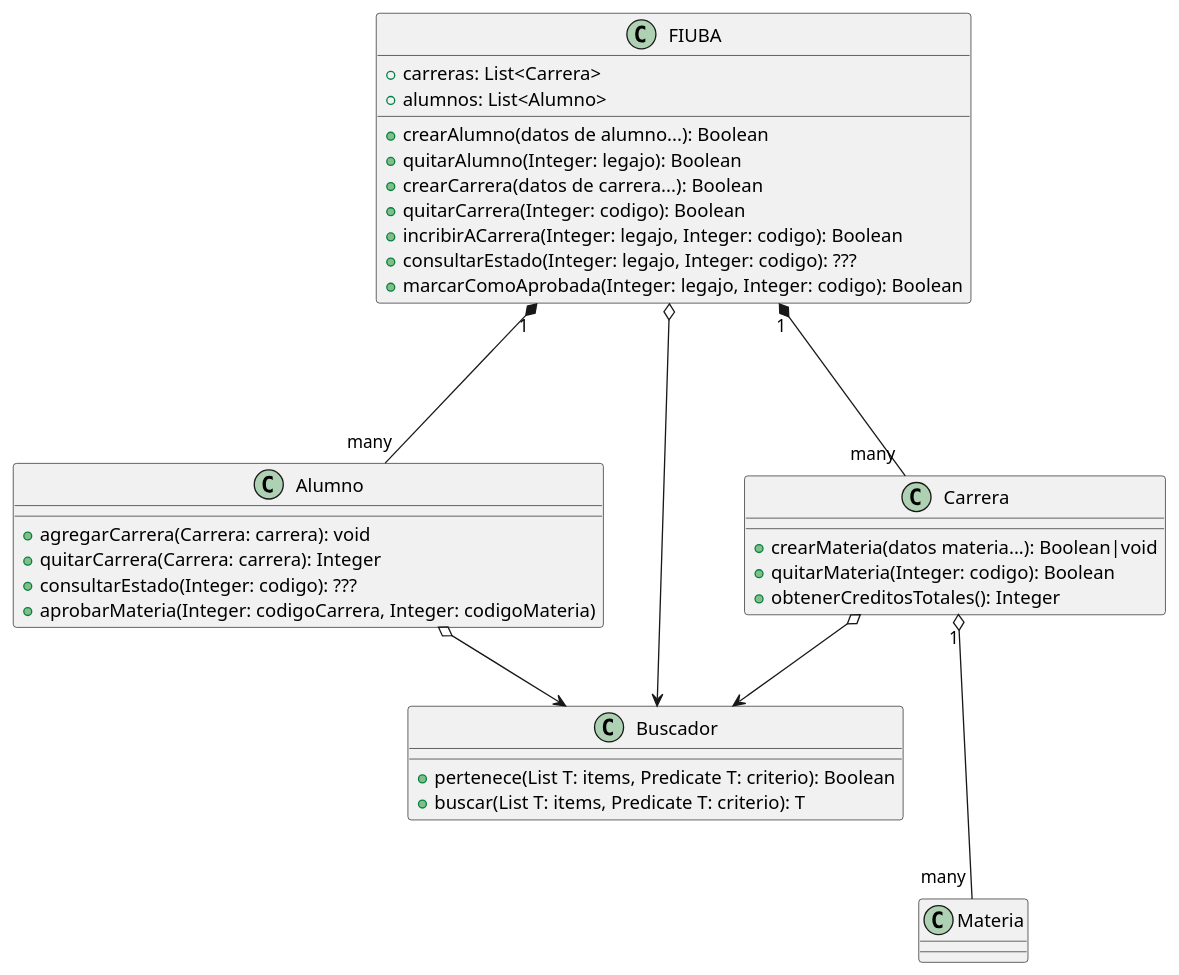
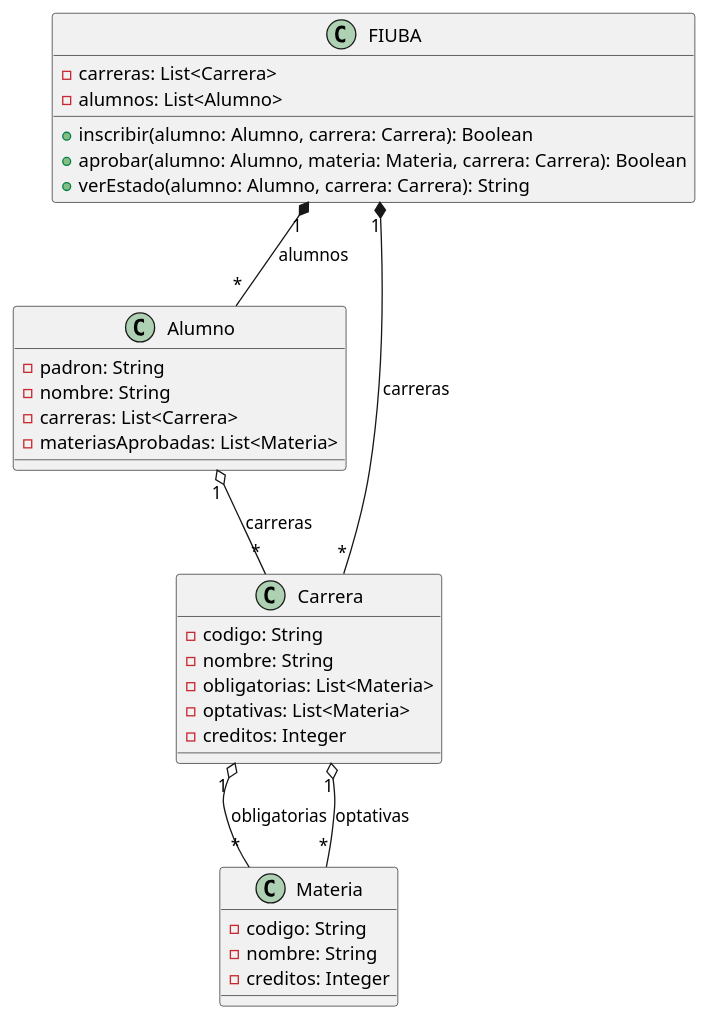
One commit to PabloDiosquez/Algoritmos_III changed the diagram in ejercicios/guia1/fiuba/src/main/resources/fiuba.puml. Above: the diagram before and after it, drawn with PlantUML. The commit also changed 4 other files, not shown here.

```diff
--- a/ejercicios/guia1/fiuba/src/main/resources/fiuba.puml
+++ b/ejercicios/guia1/fiuba/src/main/resources/fiuba.puml
@@ -1,45 +1,41 @@
 @startuml
 
 class FIUBA {
-+carreras: List<Carrera>
-+alumnos: List<Alumno>
+-carreras: List<Carrera>
+-alumnos: List<Alumno>
 
-+ crearAlumno(datos de alumno...): Boolean
-+ quitarAlumno(Integer: legajo): Boolean
-+ crearCarrera(datos de carrera...): Boolean
-+ quitarCarrera(Integer: codigo): Boolean
-+ incribirACarrera(Integer: legajo, Integer: codigo): Boolean
-+ consultarEstado(Integer: legajo, Integer: codigo): ???
-+ marcarComoAprobada(Integer: legajo, Integer: codigo): Boolean
++inscribir(alumno: Alumno, carrera: Carrera): Boolean
++aprobar(alumno: Alumno, materia: Materia, carrera: Carrera): Boolean
++verEstado(alumno: Alumno, carrera: Carrera): String
 }
 
 class Alumno {
-+ agregarCarrera(Carrera: carrera): void
-+ quitarCarrera(Carrera: carrera): Integer
-+ consultarEstado(Integer: codigo): ???
-+ aprobarMateria(Integer: codigoCarrera, Integer: codigoMateria)
+-padron: String
+-nombre: String
+-carreras: List<Carrera>
+-materiasAprobadas: List<Materia>
 }
 
 class Carrera {
-+ crearMateria(datos materia...): Boolean|void
-+ quitarMateria(Integer: codigo): Boolean
-+ obtenerCreditosTotales(): Integer
+-codigo: String
+-nombre: String
+-obligatorias: List<Materia>
+-optativas: List<Materia>
+-creditos: Integer
 }
 
 class Materia {
-
+-codigo: String
+-nombre: String
+-creditos: Integer
 }
 
-class Buscador {
-+ pertenece(List T: items, Predicate T: criterio): Boolean
-+ buscar(List T: items, Predicate T: criterio): T
-}
+'Relaciones
 
-FIUBA "1" *--- "many" Alumno
-FIUBA "1" *--- "many" Carrera
-FIUBA o--> Buscador
-Carrera o--> Buscador
-Alumno o--> Buscador
-Carrera "1" o--- "many" Materia
+FIUBA "1" *-- "*" Carrera: carreras
+FIUBA "1" *-- "*" Alumno: alumnos
+Carrera "1" o-- "*" Materia: obligatorias
+Carrera "1" o-- "*" Materia: optativas
+Alumno "1" o-- "*" Carrera: carreras
 
 @enduml
```
